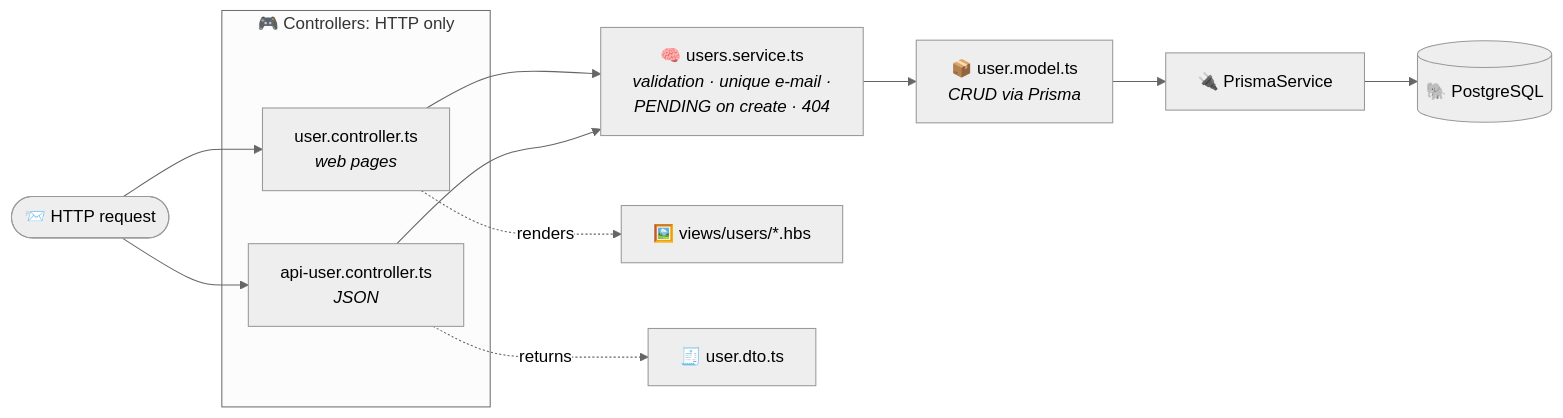
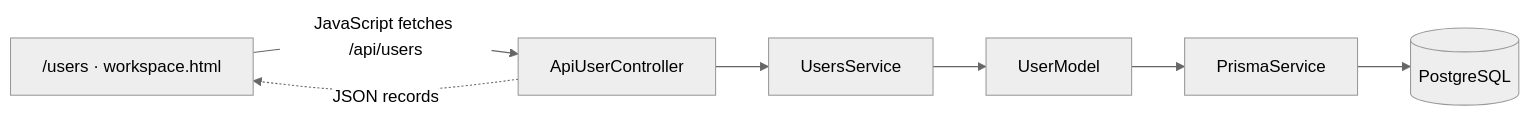
Before and after one commit to gulnihalarikaymak/alumni: the fifth of 13 diagrams in README.md, drawn with Mermaid (neutral theme). The commit also changed other lines of this file and 73 other files, not shown here.

Commit message:
refactor(frontend): replace Handlebars workspace with API-backed pages

````diff
--- a/README.md
+++ b/README.md
@@ -247,22 +243,6 @@
 ```mermaid
 flowchart LR
-    REQ(["📨 HTTP request"])
-
-    subgraph C["🎮 Controllers: HTTP only"]
-        WC["user.controller.ts<br/><i>web pages</i>"]
-        AC["api-user.controller.ts<br/><i>JSON</i>"]
-    end
-
-    SV["🧠 users.service.ts<br/><i>validation · unique e-mail ·<br/>PENDING on create · 404</i>"]
-    MD["📦 user.model.ts<br/><i>CRUD via Prisma</i>"]
-    PR["🔌 PrismaService"]
-    DB[("🐘 PostgreSQL")]
-
-    VW["🖼️ views/users/*.hbs"]
-    DTO["🧾 user.dto.ts"]
-
-    REQ --> WC & AC
-    WC & AC --> SV --> MD --> PR --> DB
-    WC -. renders .-> VW
-    AC -. returns .-> DTO
+    P["/users · workspace.html"] -->|"JavaScript fetches /api/users"| AC["ApiUserController"]
+    AC --> SV["UsersService"] --> MD["UserModel"] --> PR["PrismaService"] --> DB[("PostgreSQL")]
+    AC -. "JSON records" .-> P
 ```
````
